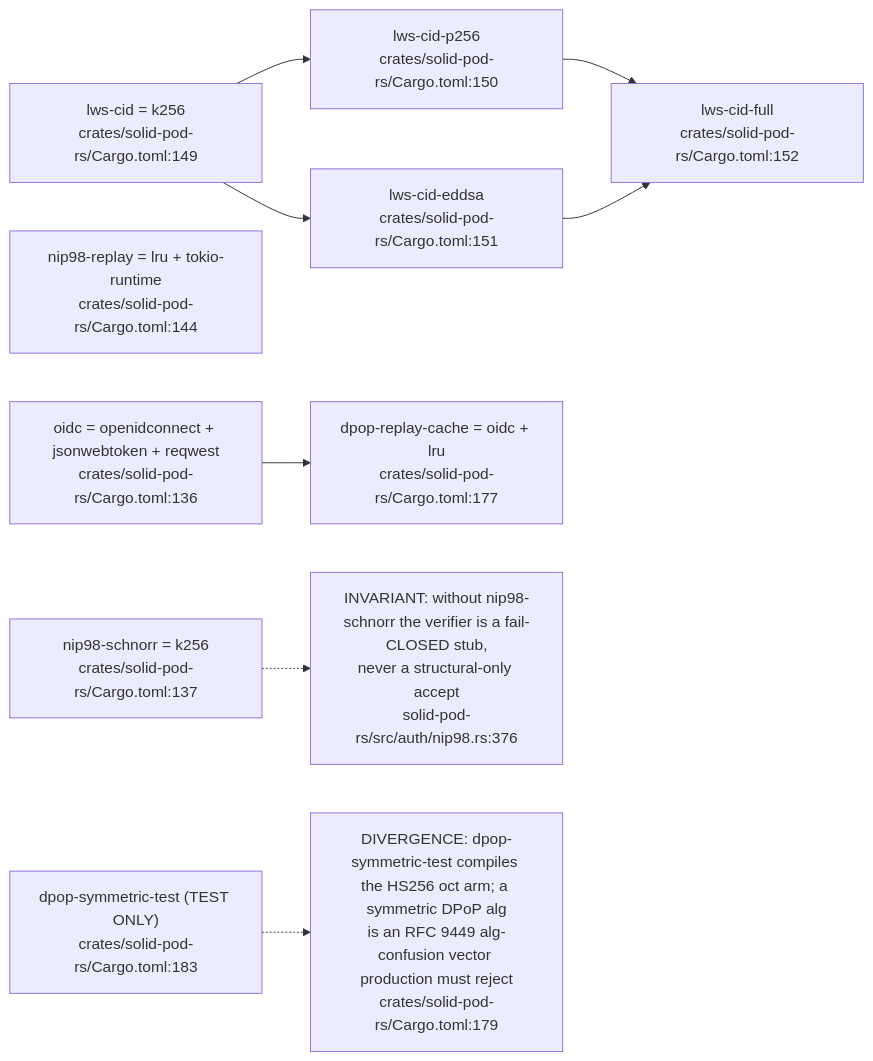
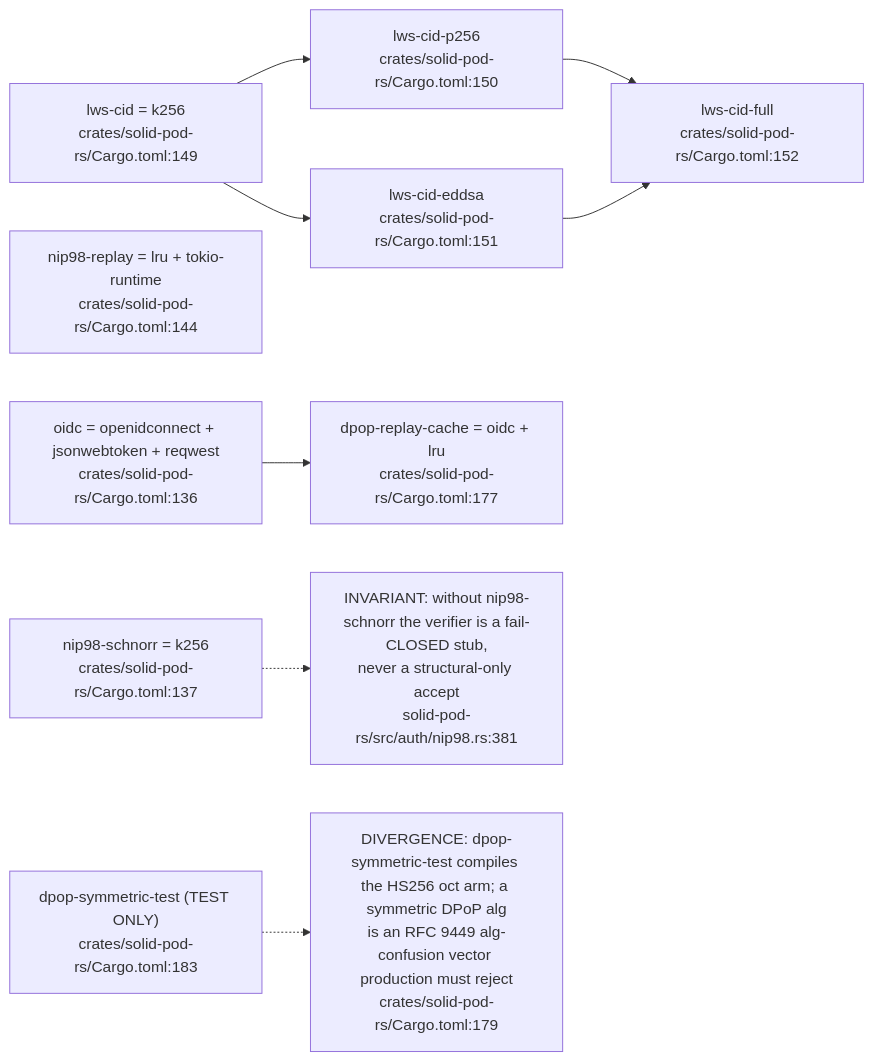
The fourth of 12 diagrams in docs/diagrams/solid-pod-rs/01-workspace-composition.md (DreamLab-AI/VisionFlow), drawn with Mermaid before and after one commit. The commit also changed other lines of this file and 47 other files, not shown here.

````diff
--- a/docs/diagrams/solid-pod-rs/01-workspace-composition.md
+++ b/docs/diagrams/solid-pod-rs/01-workspace-composition.md
@@ -135,23 +142,23 @@
 ```mermaid
 flowchart LR
     NIP98S["nip98-schnorr = k256<br/>crates/solid-pod-rs/Cargo.toml:137"]
     NIP98R["nip98-replay = lru + tokio-runtime<br/>crates/solid-pod-rs/Cargo.toml:144"]
     LWS["lws-cid = k256<br/>crates/solid-pod-rs/Cargo.toml:149"]
     LWSP["lws-cid-p256<br/>crates/solid-pod-rs/Cargo.toml:150"]
     LWSE["lws-cid-eddsa<br/>crates/solid-pod-rs/Cargo.toml:151"]
     LWSF["lws-cid-full<br/>crates/solid-pod-rs/Cargo.toml:152"]
     OIDCF["oidc = openidconnect + jsonwebtoken + reqwest<br/>crates/solid-pod-rs/Cargo.toml:136"]
     DPOPR["dpop-replay-cache = oidc + lru<br/>crates/solid-pod-rs/Cargo.toml:177"]
     DPOPT["dpop-symmetric-test (TEST ONLY)<br/>crates/solid-pod-rs/Cargo.toml:183"]
 
     LWS --> LWSP
     LWS --> LWSE
     LWSP --> LWSF
     LWSE --> LWSF
     OIDCF --> DPOPR
 
-    G1["INVARIANT: without nip98-schnorr the verifier is a fail-CLOSED stub,<br/>never a structural-only accept<br/>solid-pod-rs/src/auth/nip98.rs:376"]
+    G1["INVARIANT: without nip98-schnorr the verifier is a fail-CLOSED stub,<br/>never a structural-only accept<br/>solid-pod-rs/src/auth/nip98.rs:381"]
     NIP98S -.-> G1
     G2["DIVERGENCE: dpop-symmetric-test compiles the HS256 oct arm; a symmetric DPoP alg<br/>is an RFC 9449 alg-confusion vector production must reject<br/>crates/solid-pod-rs/Cargo.toml:179"]
     DPOPT -.-> G2
 ```
````
